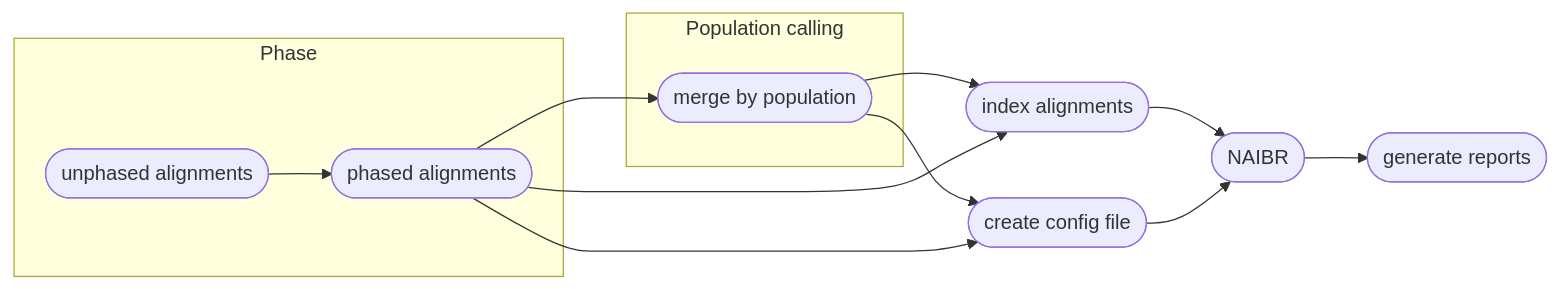
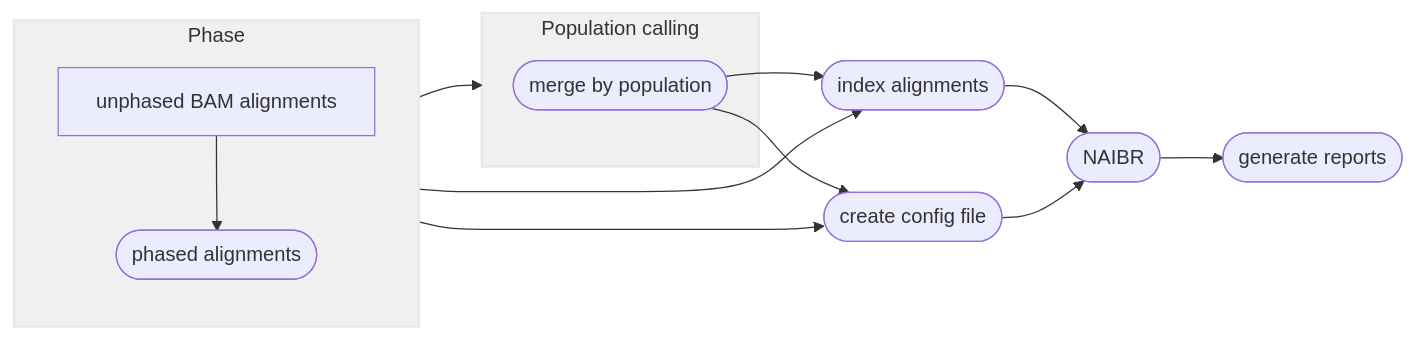
One commit to pdimens/harpy changed the second of 2 diagrams in Modules/SV/naibr.md. Above: the diagram before and after it, drawn with Mermaid. The commit also changed other lines of this file and 10 other files, not shown here.

Commit message:
make all the mermaids nicer

````diff
--- a/Modules/SV/naibr.md
+++ b/Modules/SV/naibr.md
@@ -132,16 +135,19 @@
 ```mermaid
 graph LR
-    subgraph Phase
-    aln([unphased alignments])-->phased([phased alignments])
+    subgraph id1 ["Phase"]
+    aln[unphased BAM alignments]-->phased([phased alignments])
     end
-    subgraph Population calling
-    phased-->popsplit([merge by population])
+    subgraph id2 ["Population calling"]
+    popsplit([merge by population])
     end
+    id1-->id2
     popsplit-->A
-    phased-->A
+    id1-->A
     A([index alignments]) --> B([NAIBR])
     Z([create config file]) --> B
     popsplit --> Z
-    phased --> Z
+    id1 --> Z
     B-->C([generate reports])
+    style id2 fill:#f0f0f0,stroke:#e8e8e8,stroke-width:2px
+    style id1 fill:#f0f0f0,stroke:#e8e8e8,stroke-width:2px
 ```
````
